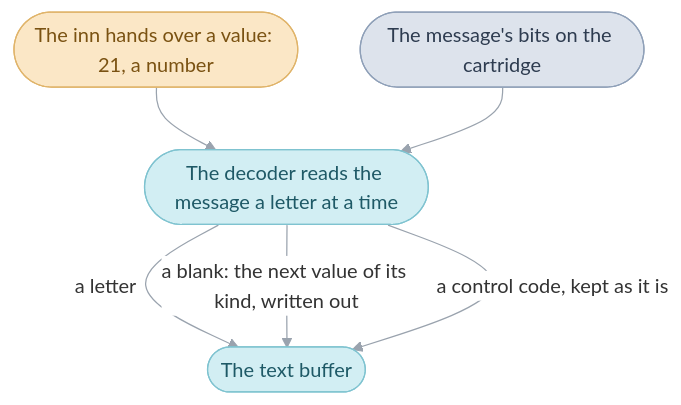
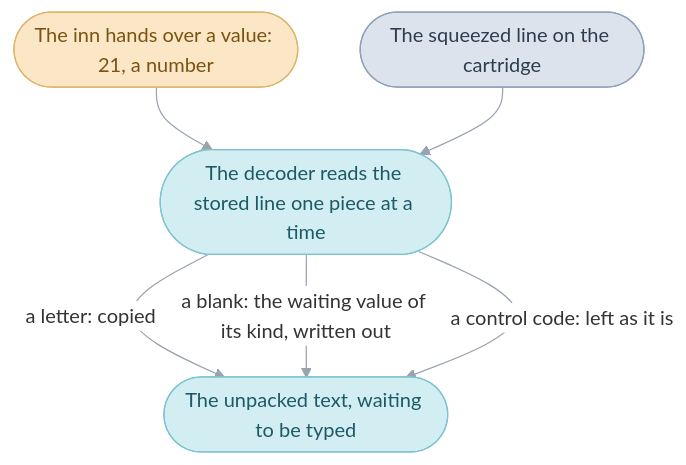
Before and after one commit to PascalPixel/alchemy: the second of 4 diagrams in games/tbs/src/window/README.md, drawn with Mermaid. The commit also changed other lines of this file, not shown here.

````diff
--- a/games/tbs/src/window/README.md
+++ b/games/tbs/src/window/README.md
@@ -193,15 +208,15 @@
 ```mermaid
 %%{init: {"theme": "base", "themeVariables": {"lineColor": "#9AA3AE", "edgeLabelBackground": "#FFFFFF"}, "flowchart": {"curve": "basis", "padding": 12}}}%%
 flowchart TD
-  args(["The inn hands over a value: 21, a number"]) --> decode(["The decoder reads the message a letter at a time"])
-  stored(["The message's bits on the cartridge"]) --> decode
-  decode -- "a letter" --> ring(["The text buffer"])
-  decode -- "a blank: the next value of its kind, written out" --> ring
-  decode -- "a control code, kept as it is" --> ring
+  args(["The inn hands over a value: 21, a number"]) --> decode(["The decoder reads the stored line one piece at a time"])
+  stored(["The squeezed line on the cartridge"]) --> decode
+  decode -- "a letter: copied" --> ring(["The unpacked text, waiting to be typed"])
+  decode -- "a blank: the waiting value of its kind, written out" --> ring
+  decode -- "a control code: left as it is" --> ring
   classDef cart fill:#DDE3EC,stroke:#8FA0B8,color:#2E3C50
   classDef work fill:#D2EEF3,stroke:#7FC3D0,color:#1E5966
   classDef code fill:#FBE7C6,stroke:#E0B46A,color:#7A5212
   class stored cart
   class decode,ring work
   class args code
 ```
````
